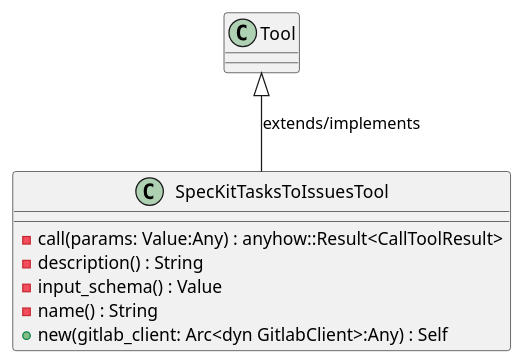
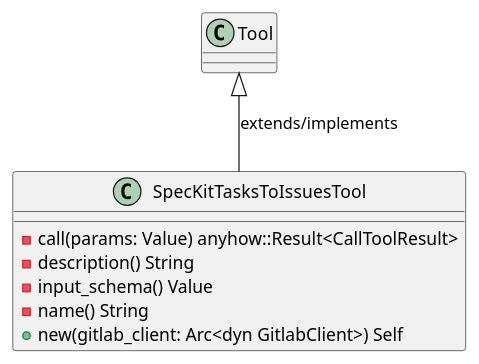
One commit to lgcorzo/rust_CACD_autonomous_factory changed the first of 6 diagrams in openwiki/crates_factory_mcp_server_src_tools_spec_kit_tasks_to_issues.md. Above: the diagram before and after it, drawn with PlantUML. The commit also changed other lines of this file and 97 other files, not shown here.

First line of the commit message:
Fix Rust AST parsing for method and function parameters, and update OKF UML frontmatter

````diff
--- a/openwiki/crates_factory_mcp_server_src_tools_spec_kit_tasks_to_issues.md
+++ b/openwiki/crates_factory_mcp_server_src_tools_spec_kit_tasks_to_issues.md
@@ -74,13 +79,13 @@
 ```plantuml
 @startuml
 class SpecKitTasksToIssuesTool {
-    -call(params: Value:Any) : anyhow::Result<CallToolResult>
-    -description() : String
-    -input_schema() : Value
-    -name() : String
-    +new(gitlab_client: Arc<dyn GitlabClient>:Any) : Self
+    -call(params: Value) anyhow::Result<CallToolResult>
+    -description() String
+    -input_schema() Value
+    -name() String
+    +new(gitlab_client: Arc<dyn GitlabClient>) Self
 }
 Tool <|-- SpecKitTasksToIssuesTool : extends/implements
 @enduml
 
 ```
````
